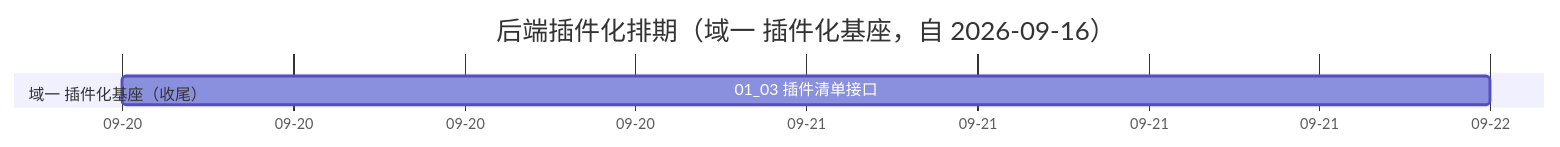
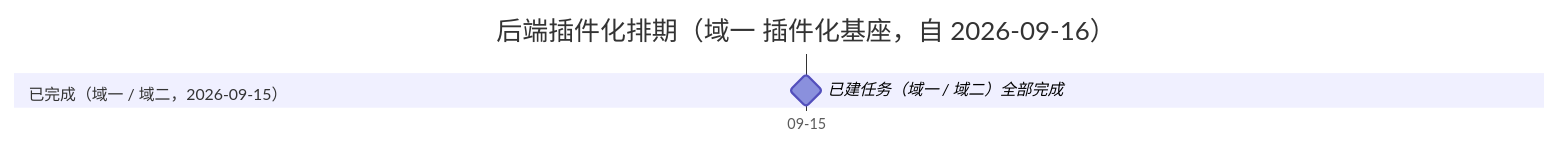
One commit to minjian123/basic-management-system changed the diagram in bms文档/项目/03_后端插件化/计划/01_计划_后端插件化.md. Above: the diagram before and after it, drawn with Mermaid. The commit also changed other lines of this file and 8 other files, not shown here.

````diff
--- a/bms文档/项目/03_后端插件化/计划/01_计划_后端插件化.md
+++ b/bms文档/项目/03_后端插件化/计划/01_计划_后端插件化.md
@@ -36,8 +37,8 @@
 ```mermaid
 gantt
     title 后端插件化排期（域一 插件化基座，自 2026-09-16）
     dateFormat  YYYY-MM-DD
     axisFormat %m-%d
-    section 域一 插件化基座（收尾）
-    01_03 插件清单接口 :t0103, 2026-09-20, 2d
+    section 已完成（域一 / 域二，2026-09-15）
+    已建任务（域一 / 域二）全部完成 :milestone, md, 2026-09-15, 0d
 ```
````
